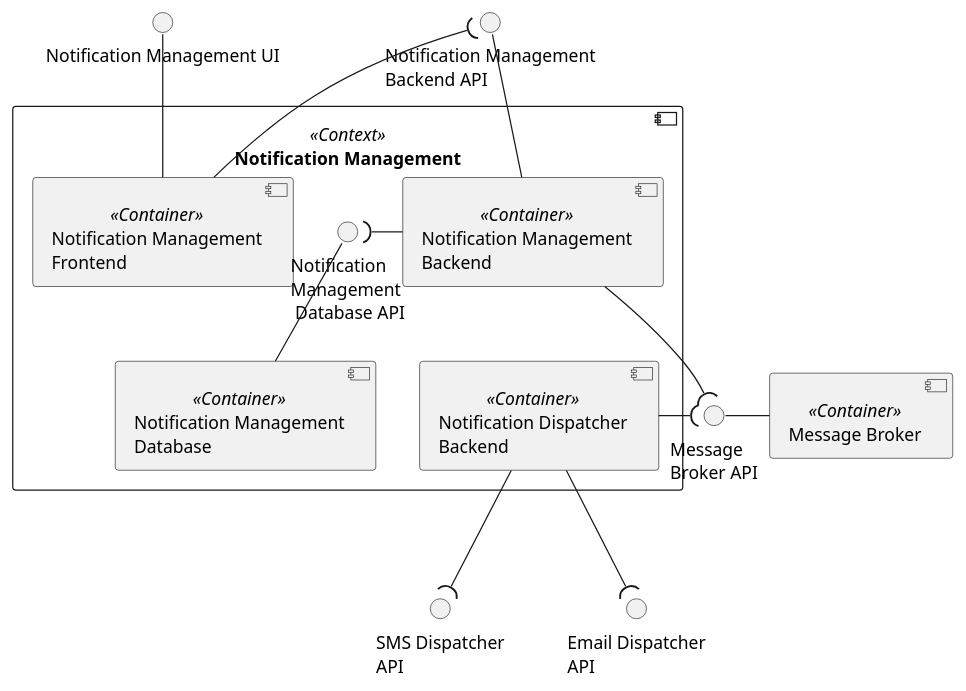
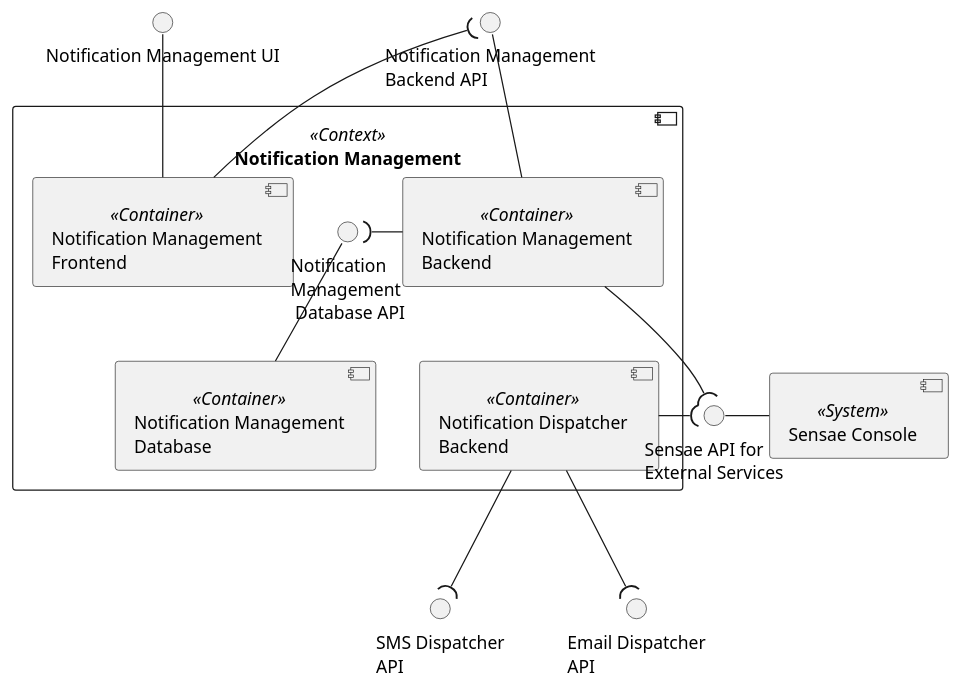
The diagram in assets/diagrams/design/architectural/level2/logical/notification-management-context.pu (FilipeMCruz/dissertation), drawn with PlantUML before and after one commit. The commit also changed 283 other files, not shown here.

```diff
--- a/assets/diagrams/design/architectural/level2/logical/notification-management-context.pu
+++ b/assets/diagrams/design/architectural/level2/logical/notification-management-context.pu
@@ -1,38 +1,38 @@
 @startuml notification-management-context
 
 interface "Notification Management UI" as FRONT_API
 interface "Notification Management\nBackend API" as BACK_API
 
 component "Notification Management" <<Context>> {
     component "Notification Management\nBackend" <<Container>> as BACK
     component "Notification Management\nFrontend" <<Container>> as FRONT
     component "Notification Management\nDatabase" <<Container>> as DB
 
     interface "Notification\nManagement\n Database API" as DB_API
     
     component "Notification Dispatcher\nBackend" <<Container>> as DISP
 
     DB_API -- DB
     FRONT_API -- FRONT
     BACK_API -- BACK
     DB_API )- BACK
     FRONT --( BACK_API
 }
 
-component "Message Broker" <<Container>> as MB
-interface "Message\nBroker API" as MB_API
+component "Sensae Console" <<System>> as MB
+interface "Sensae API for\nExternal Services" as MB_API
 
 interface "SMS Dispatcher\nAPI" as SMS
 interface "Email Dispatcher\nAPI" as EMAIL
 
 MB_API - MB
 
 BACK --( MB_API
 DISP -( MB_API
 
 BACK -[hidden]- DISP
 
 DISP --( EMAIL
 DISP --( SMS
 
 @enduml
```
